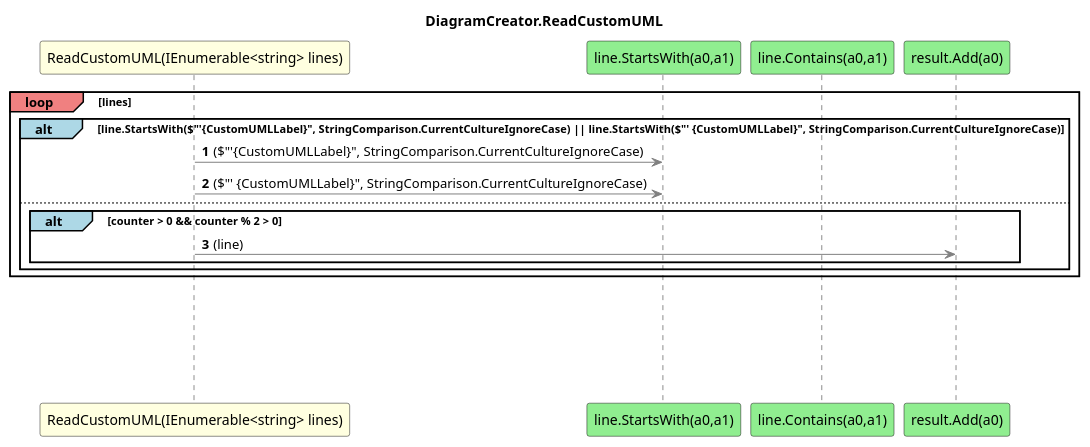
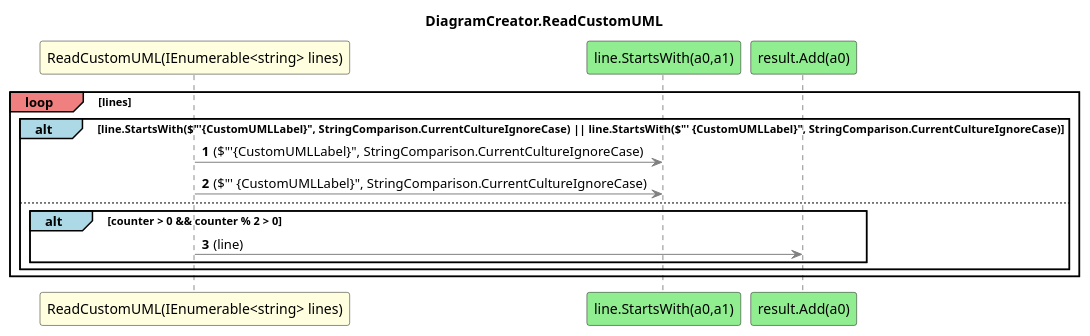
Before and after one commit to leoggehrer/PlantUML: the diagram in PlantUML.Logic/diagrams/sq_DiagramCreator_ReadCustomUML.puml, drawn with PlantUML. The commit also changed 51 other files, not shown here.

```diff
--- a/PlantUML.Logic/diagrams/sq_DiagramCreator_ReadCustomUML.puml
+++ b/PlantUML.Logic/diagrams/sq_DiagramCreator_ReadCustomUML.puml
@@ -1,31 +1,17 @@
 @startuml DiagramCreator.ReadCustomUML
 title DiagramCreator.ReadCustomUML
 participant "ReadCustomUML(IEnumerable<string> lines)" as ReadCustomUML_p0 #LightYellow
 participant "line.StartsWith(a0,a1)" as line_StartsWith_a0_a1 #LightGreen
 participant "result.Add(a0)" as result_Add_a0 #LightGreen
 autonumber
 loop#LightCoral lines
  alt#LightBlue line.StartsWith($"'{CustomUMLLabel}", StringComparison.CurrentCultureIgnoreCase) || line.StartsWith($"' {CustomUMLLabel}", StringComparison.CurrentCultureIgnoreCase)
  ReadCustomUML_p0 -[#grey]> line_StartsWith_a0_a1 : ($"'{CustomUMLLabel}", StringComparison.CurrentCultureIgnoreCase)
  ReadCustomUML_p0 -[#grey]> line_StartsWith_a0_a1 : ($"' {CustomUMLLabel}", StringComparison.CurrentCultureIgnoreCase)
  else
  alt#LightBlue counter > 0 && counter % 2 > 0
  ReadCustomUML_p0 -[#grey]> result_Add_a0 : (line)
  end
  end
 end
-' CustomUML
-participant "line.Contains(a0,a1)" as line_Contains_a0_a1 #LightGreen
-participant "result.Add(a0)" as result_Add_a0 #LightGreen
-autonumber
-loop#LightCoral lines
- else
- alt#LightBlue counter > 0 && counter % 2 > 0
-participant "line.Contains(a0,a1)" as line_Contains_a0_a1 #LightGreen
-participant "result.Add(a0)" as result_Add_a0 #LightGreen
-autonumber
-loop#LightCoral lines
- else
- alt#LightBlue counter > 0 && counter % 2 > 0
-' CustomUML
 @enduml
```
